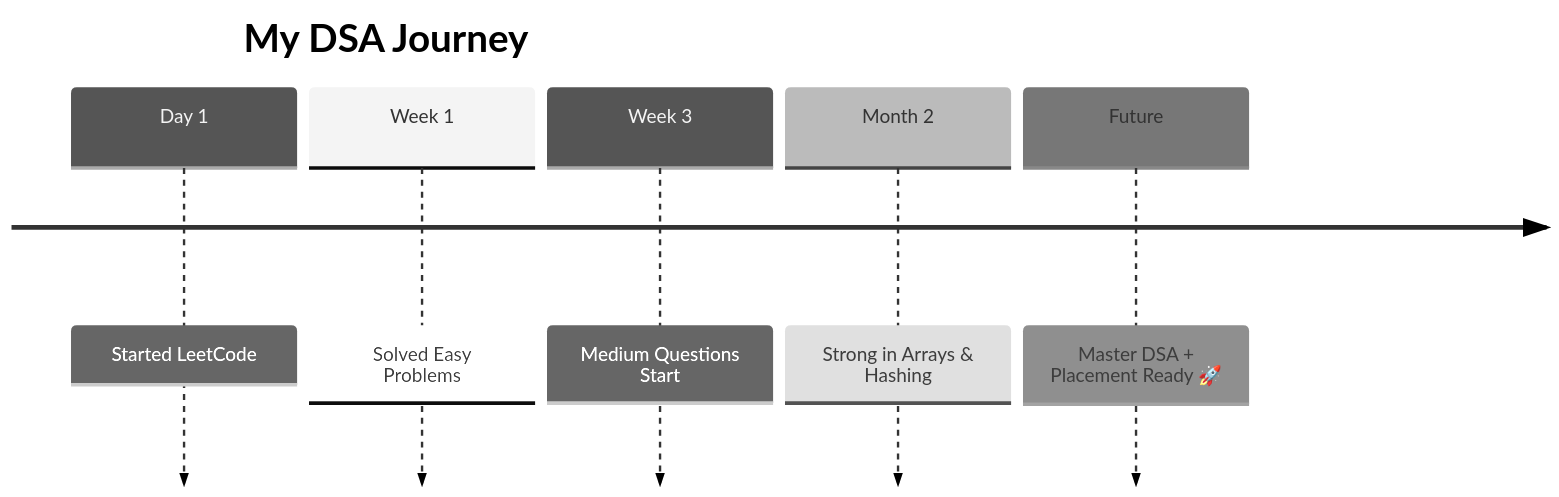
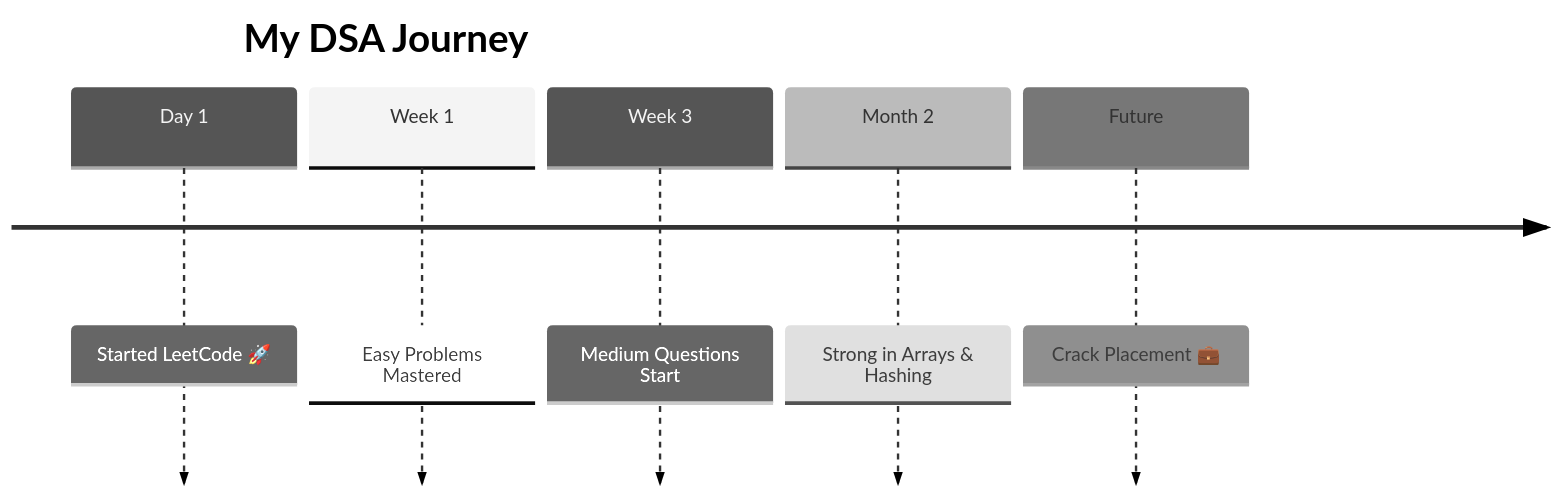
One commit to simranmaran/Leetcode-Practice changed the first of 4 diagrams in README.md. Above: the diagram before and after it, drawn with Mermaid (neutral theme). The commit also changed other lines of this file, not shown here.

````diff
--- a/README.md
+++ b/README.md
@@ -9,9 +15,9 @@
 ```mermaid
 timeline
     title My DSA Journey
-    Day 1  : Started LeetCode
-    Week 1 : Solved Easy Problems
+    Day 1  : Started LeetCode 🚀
+    Week 1 : Easy Problems Mastered
     Week 3 : Medium Questions Start
     Month 2 : Strong in Arrays & Hashing
-    Future : Master DSA + Placement Ready 🚀
+    Future : Crack Placement 💼
 ```
````
